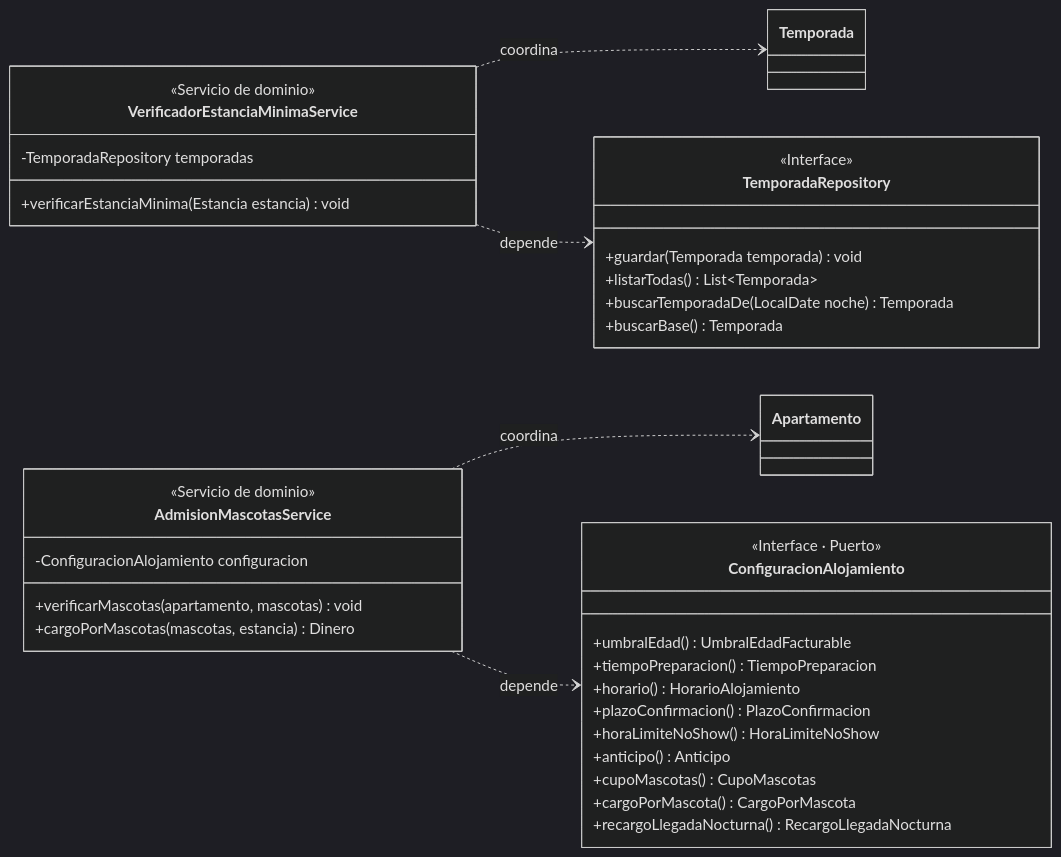
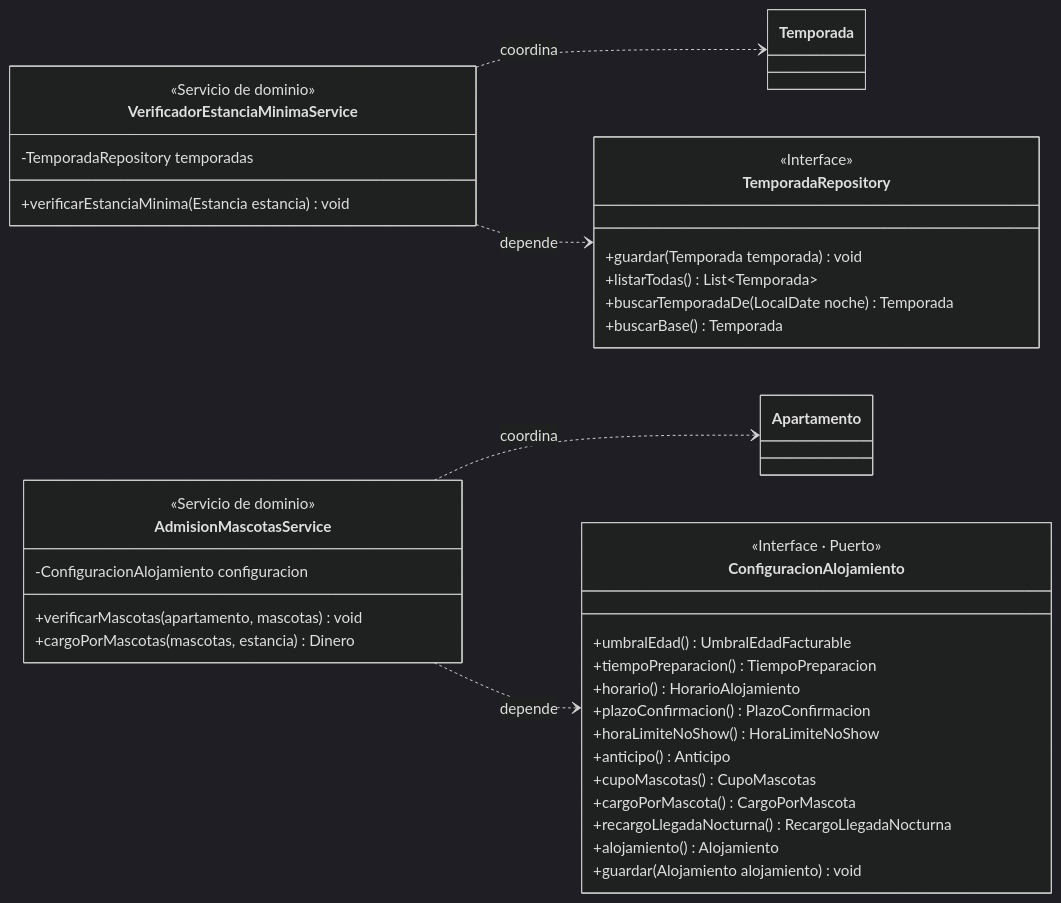
Before and after one commit to Mika-grd/Stayly-UQ: the seventh of 9 diagrams in docs/diagramas/03-diagrama-clases-domain.md, drawn with Mermaid (dark theme). The commit also changed other lines of this file and 39 other files, not shown here.

````diff
--- a/docs/diagramas/03-diagrama-clases-domain.md
+++ b/docs/diagramas/03-diagrama-clases-domain.md
@@ -877,38 +882,40 @@
 ```mermaid
 classDiagram
   direction LR
   class VerificadorEstanciaMinimaService {
     <<Servicio de dominio>>
     -TemporadaRepository temporadas
     +verificarEstanciaMinima(Estancia estancia) void
   }
   class AdmisionMascotasService {
     <<Servicio de dominio>>
     -ConfiguracionAlojamiento configuracion
     +verificarMascotas(apartamento, mascotas) void
     +cargoPorMascotas(mascotas, estancia) Dinero
   }
   class TemporadaRepository {
     <<Interface>>
     +guardar(Temporada temporada) void
     +listarTodas() List~Temporada~
     +buscarTemporadaDe(LocalDate noche) Temporada
     +buscarBase() Temporada
   }
   class ConfiguracionAlojamiento {
     <<Interface · Puerto>>
     +umbralEdad() UmbralEdadFacturable
     +tiempoPreparacion() TiempoPreparacion
     +horario() HorarioAlojamiento
     +plazoConfirmacion() PlazoConfirmacion
     +horaLimiteNoShow() HoraLimiteNoShow
     +anticipo() Anticipo
     +cupoMascotas() CupoMascotas
     +cargoPorMascota() CargoPorMascota
     +recargoLlegadaNocturna() RecargoLlegadaNocturna
+    +alojamiento() Alojamiento
+    +guardar(Alojamiento alojamiento) void
   }
   VerificadorEstanciaMinimaService ..> Temporada : coordina
   VerificadorEstanciaMinimaService ..> TemporadaRepository : depende
   AdmisionMascotasService ..> Apartamento : coordina
   AdmisionMascotasService ..> ConfiguracionAlojamiento : depende
 ```
````
